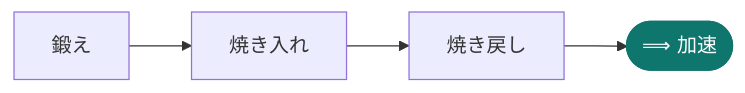
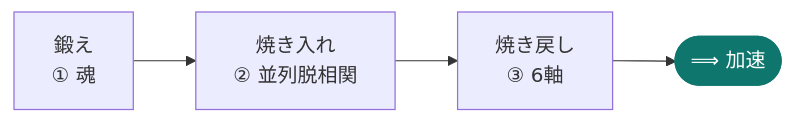
The second of 2 diagrams in README.ja.md (chrono-code/forge-harness), drawn with Mermaid before and after one commit. The commit also changed other lines of this file and 4 other files, not shown here.

````diff
--- a/README.ja.md
+++ b/README.ja.md
@@ -584,5 +590,5 @@
 ```mermaid
 flowchart LR
-  F["鍛え"] --> Q["焼き入れ"] --> T["焼き戻し"] --> A(["⟹ 加速"])
+  F["鍛え<br/>① 魂"] --> Q["焼き入れ<br/>② 並列脱相関"] --> T["焼き戻し<br/>③ 6軸"] --> A(["⟹ 加速"])
   style A fill:#0f766e,stroke:#0f766e,color:#fff
 ```
````
